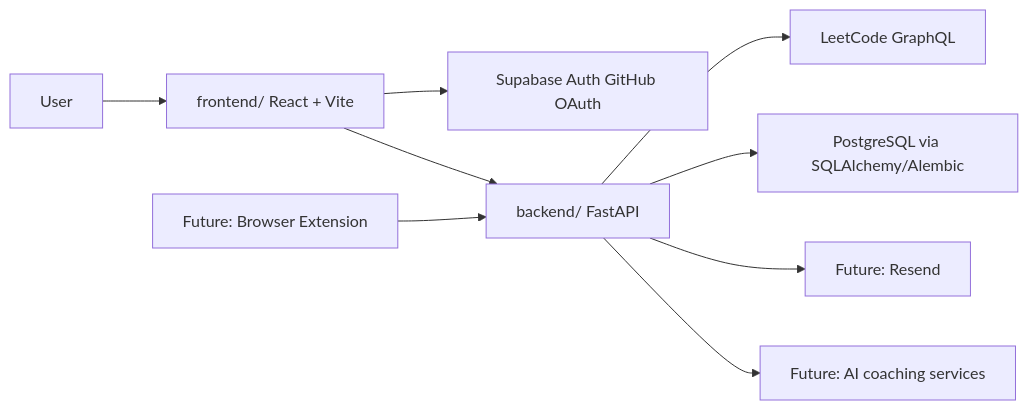
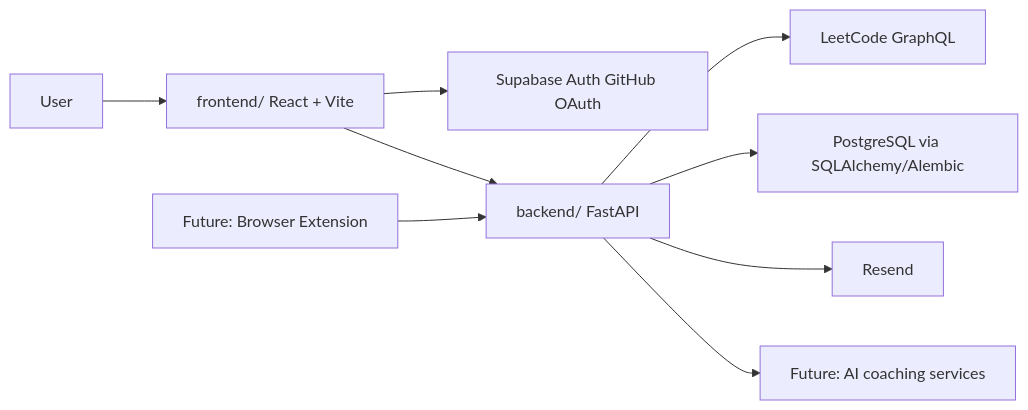
Before and after one commit to kprashanth01/leettrack: the diagram in docs/architecture.md, drawn with Mermaid. The commit also changed other lines of this file and 9 other files, not shown here.

````diff
--- a/docs/architecture.md
+++ b/docs/architecture.md
@@ -5,12 +5,12 @@
 ```mermaid
 flowchart LR
   User["User"] --> Frontend["frontend/ React + Vite"]
   Frontend --> Auth["Supabase Auth GitHub OAuth"]
   Frontend --> Backend["backend/ FastAPI"]
   Backend --> LeetCode["LeetCode GraphQL"]
   Backend --> Database["PostgreSQL via SQLAlchemy/Alembic"]
-  Backend --> FutureEmail["Future: Resend"]
+  Backend --> Email["Resend"]
   Backend --> FutureAI["Future: AI coaching services"]
 
   Extension["Future: Browser Extension"] --> Backend
 ```
````
